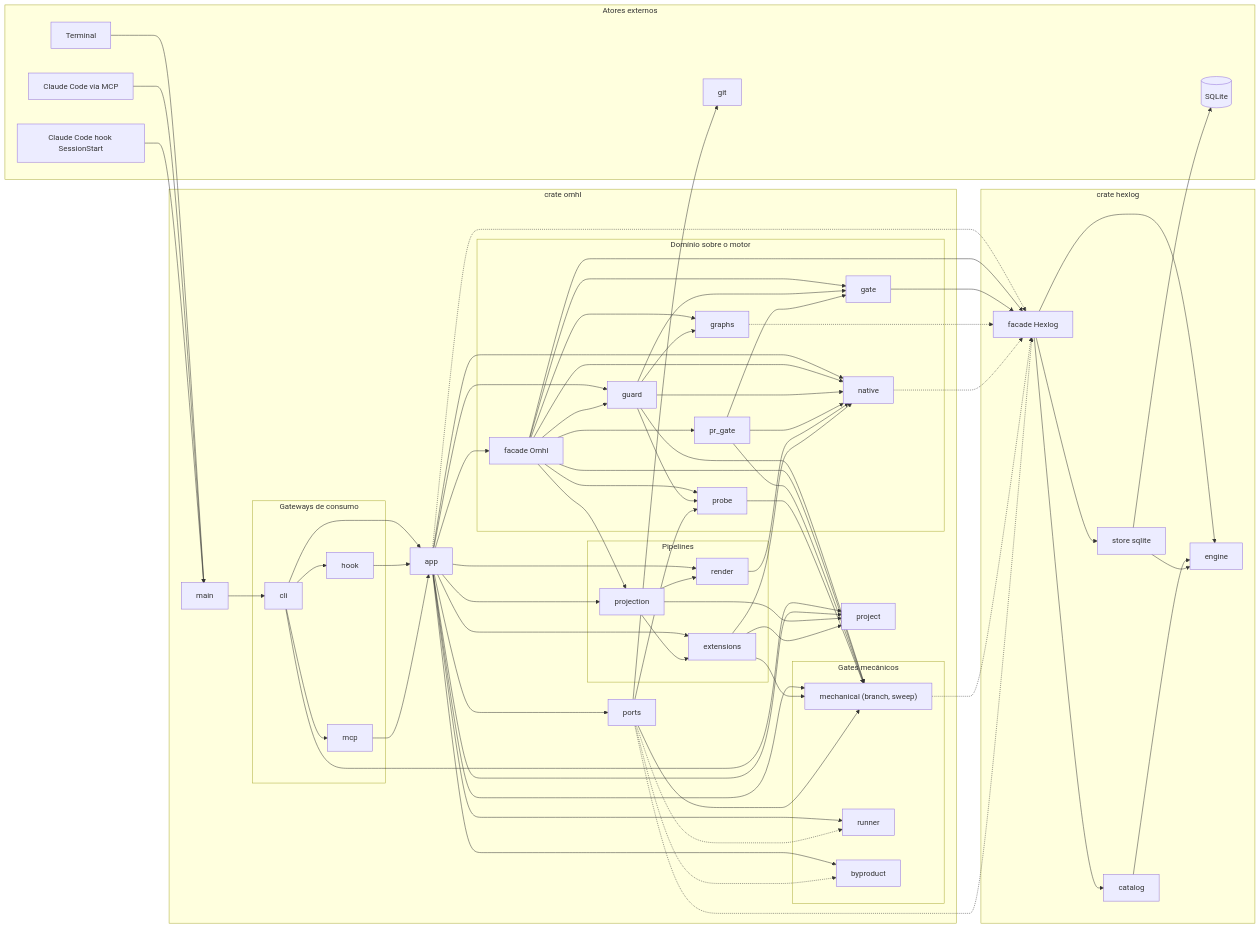
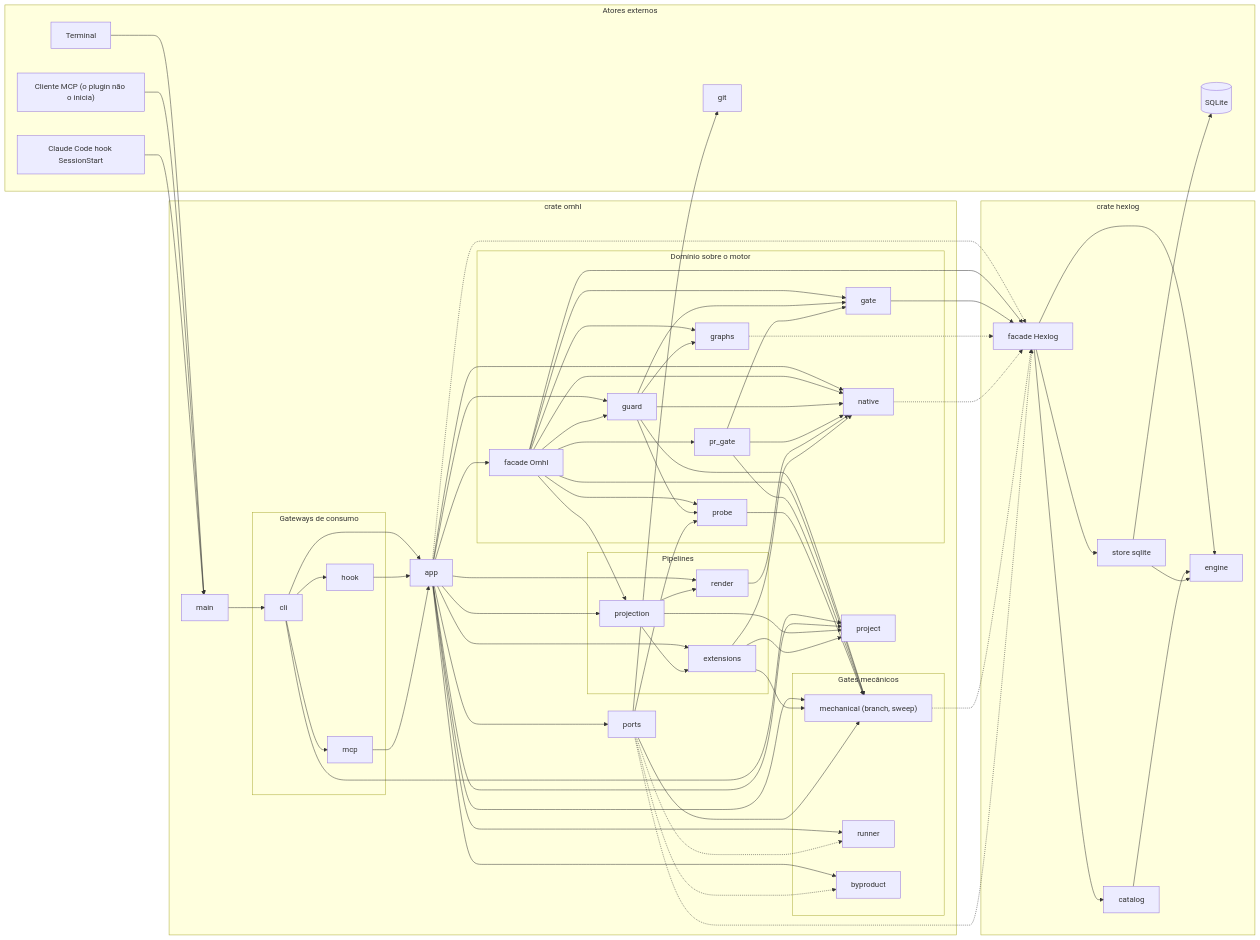
The diagram in docs/architecture.md (gabrielh-silvestre/oh-my-hexflow), drawn with Mermaid before and after one commit. The commit also changed 5 other files, not shown here.

Commit message:
docs: point the directives flow at the cli instead of the mcp server

```diff
--- a/docs/architecture.md
+++ b/docs/architecture.md
@@ -10,7 +10,7 @@
 flowchart LR
   subgraph ext["Atores externos"]
     term["Terminal"]
-    ccmcp["Claude Code via MCP"]
+    ccmcp["Cliente MCP (o plugin não o inicia)"]
     cchook["Claude Code hook SessionStart"]
     git["git"]
     sqlite[("SQLite")]
```
